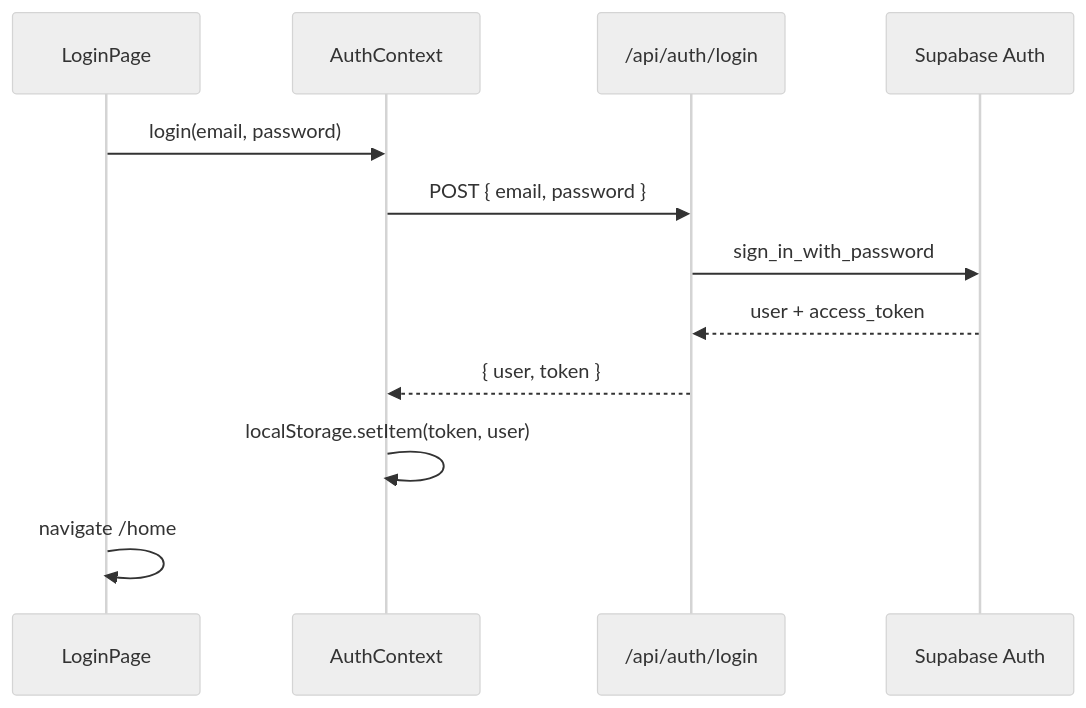
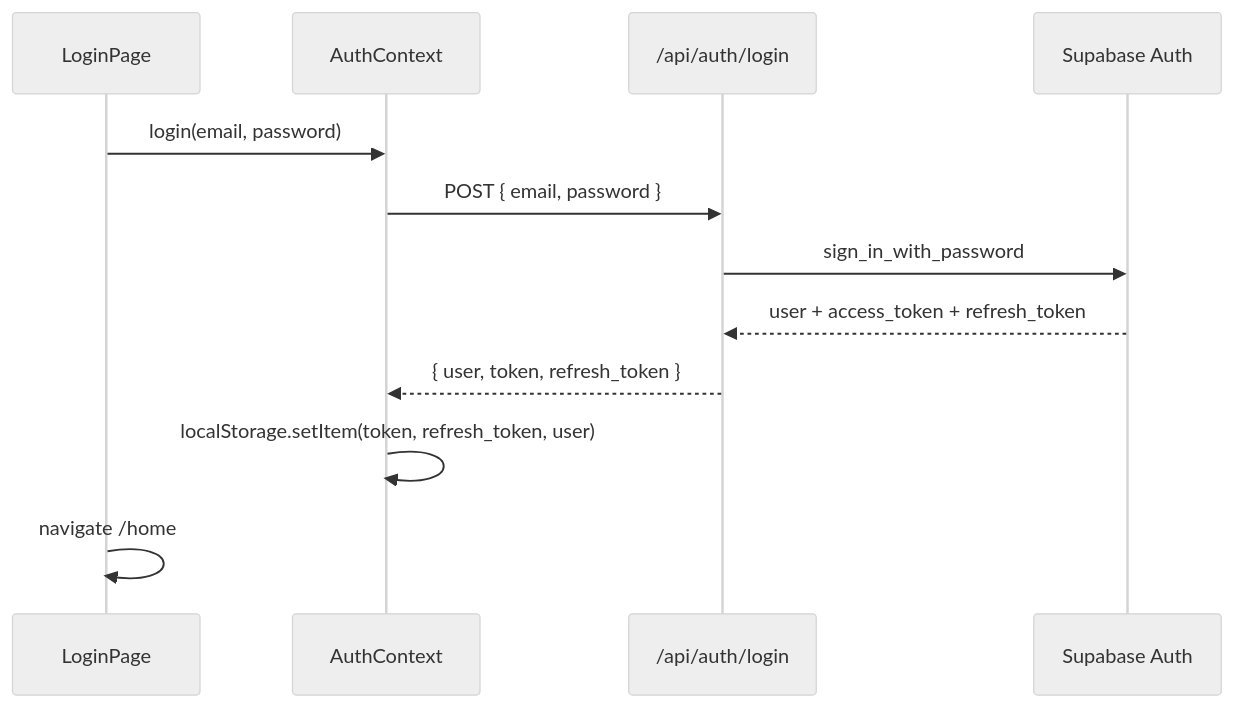
One commit to pranjalbainsla/pin-note changed the third of 6 diagrams in docs/architecture.md. Above: the diagram before and after it, drawn with Mermaid (neutral theme). The commit also changed other lines of this file and 17 other files, not shown here.

Commit message:
feat(auth): add refresh token auth flow and persistent sessions

````diff
--- a/docs/architecture.md
+++ b/docs/architecture.md
@@ -190,15 +188,15 @@
 ```mermaid
 sequenceDiagram
     participant UI as LoginPage
     participant Ctx as AuthContext
     participant API as /api/auth/login
     participant Supa as Supabase Auth
 
     UI->>Ctx: login(email, password)
     Ctx->>API: POST { email, password }
     API->>Supa: sign_in_with_password
-    Supa-->>API: user + access_token
-    API-->>Ctx: { user, token }
-    Ctx->>Ctx: localStorage.setItem(token, user)
+    Supa-->>API: user + access_token + refresh_token
+    API-->>Ctx: { user, token, refresh_token }
+    Ctx->>Ctx: localStorage.setItem(token, refresh_token, user)
     UI->>UI: navigate /home
 ```
````
